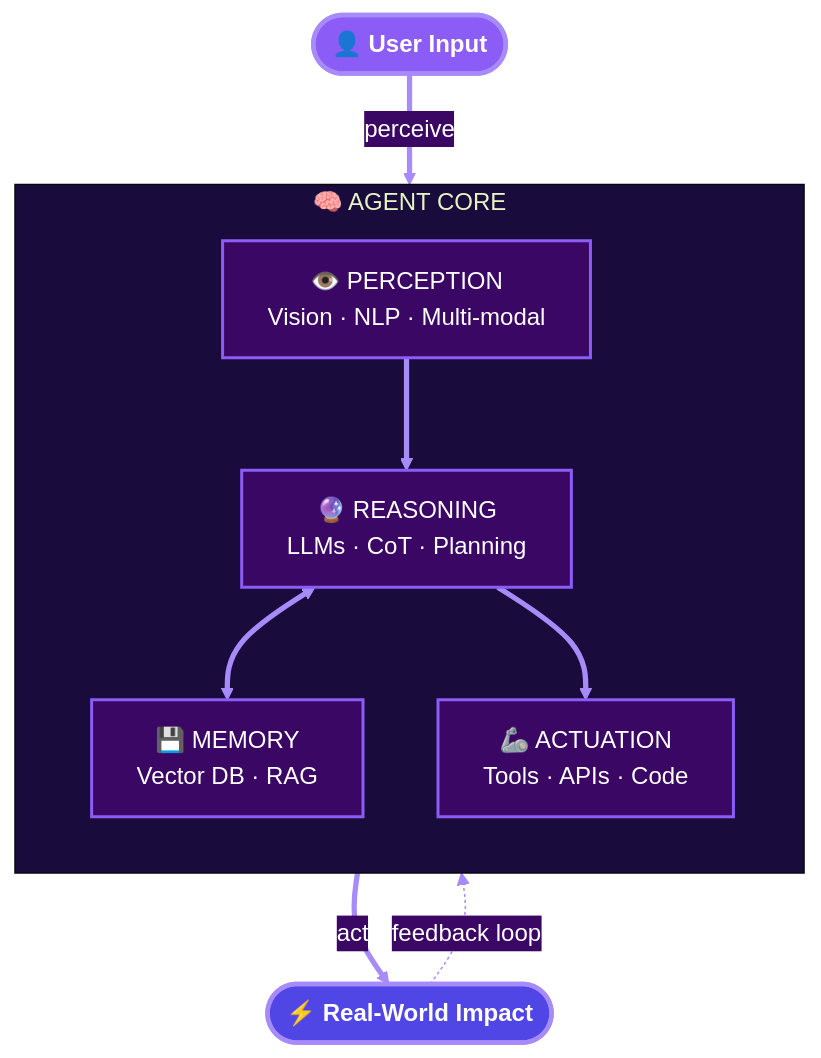
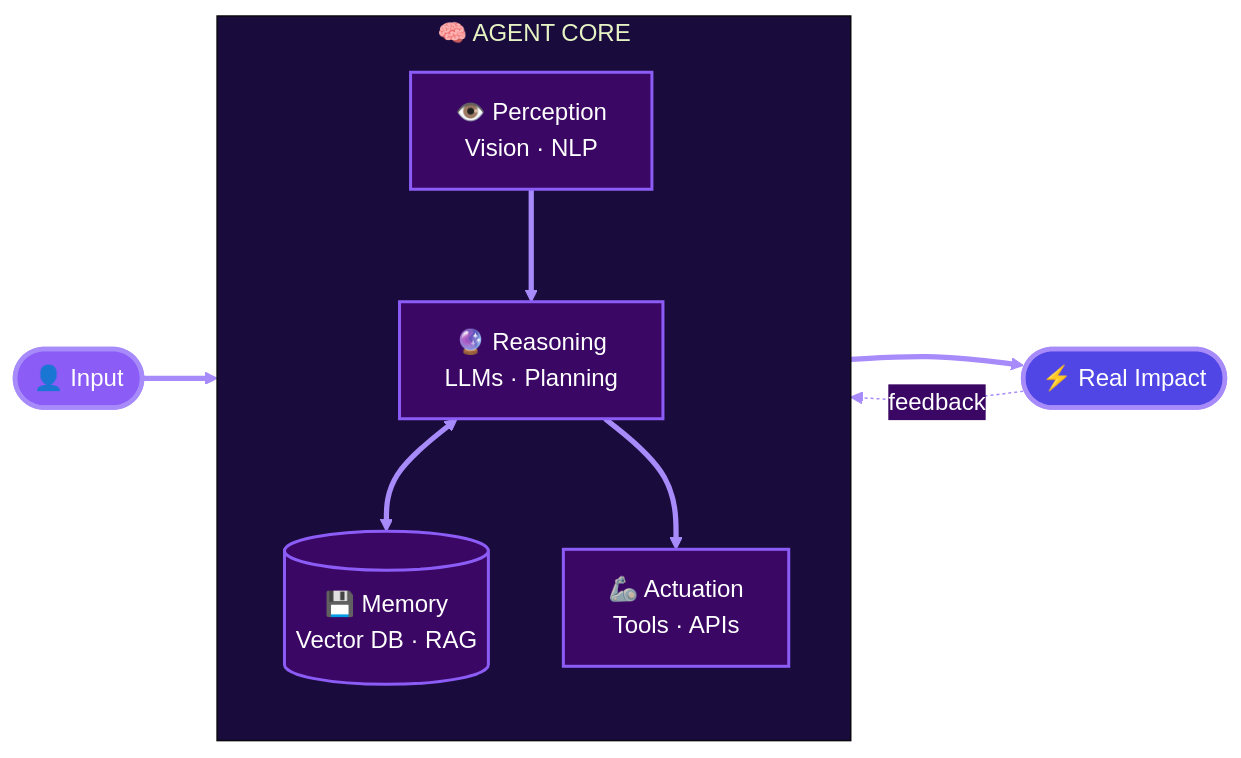
One commit to rehmanali4131/rehmanali4131 changed the diagram in README.md. Above: the diagram before and after it, drawn with Mermaid. The commit also changed other lines of this file, not shown here.

````diff
--- a/README.md
+++ b/README.md
@@ -147,34 +103,34 @@
 ```mermaid
 %%{init: {'theme':'base', 'themeVariables': {
   'primaryColor': '#4F46E5',
   'primaryTextColor': '#ffffff',
   'primaryBorderColor': '#8B5CF6',
   'lineColor': '#A78BFA',
   'secondaryColor': '#3B0764',
   'tertiaryColor': '#1A0B3D',
   'background': '#1A0B3D',
   'mainBkg': '#3B0764',
   'secondBkg': '#4F46E5'
 }}}%%
-flowchart TD
-    USER([👤 User Input]):::input ==>|"perceive"| BRAIN
+flowchart LR
+    USER([👤 Input]):::input ==> PERC
 
-    subgraph BRAIN[" 🧠 AGENT CORE "]
+    subgraph CORE[" 🧠 AGENT CORE "]
         direction TB
-        PERC[👁️ PERCEPTION<br/>Vision · NLP · Multi-modal]:::layer
-        REAS[🔮 REASONING<br/>LLMs · CoT · Planning]:::layer
-        MEM[💾 MEMORY<br/>Vector DB · RAG]:::layer
-        ACT[🦾 ACTUATION<br/>Tools · APIs · Code]:::layer
+        PERC[👁️ Perception<br/>Vision · NLP]:::layer
+        REAS[🔮 Reasoning<br/>LLMs · Planning]:::layer
+        MEM[(💾 Memory<br/>Vector DB · RAG)]:::layer
+        ACT[🦾 Actuation<br/>Tools · APIs]:::layer
 
         PERC ==> REAS
         REAS <==> MEM
         REAS ==> ACT
     end
 
-    BRAIN ==>|"act"| OUT([⚡ Real-World Impact]):::output
-    OUT -.->|"feedback loop"| PERC
+    CORE ==> OUT([⚡ Real Impact]):::output
+    OUT -.->|"feedback"| PERC
 
-    classDef input fill:#8B5CF6,stroke:#A78BFA,stroke-width:3px,color:#fff,font-weight:bold
-    classDef output fill:#4F46E5,stroke:#A78BFA,stroke-width:3px,color:#fff,font-weight:bold
+    classDef input fill:#8B5CF6,stroke:#A78BFA,stroke-width:3px,color:#fff
+    classDef output fill:#4F46E5,stroke:#A78BFA,stroke-width:3px,color:#fff
     classDef layer fill:#3B0764,stroke:#8B5CF6,stroke-width:2px,color:#fff
 ```
````
